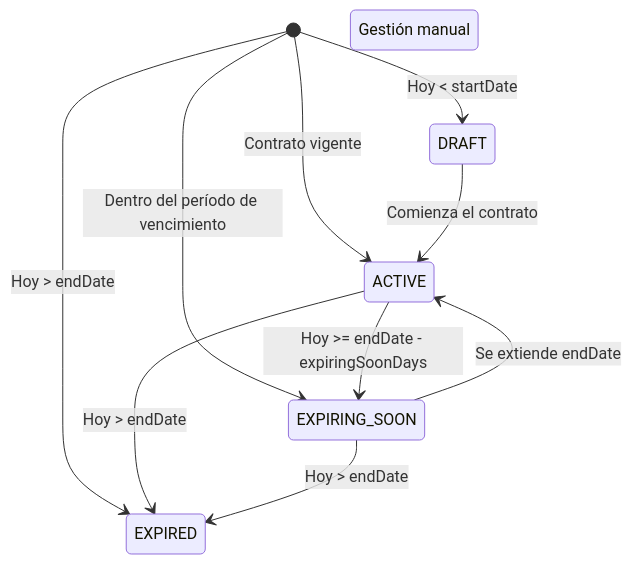
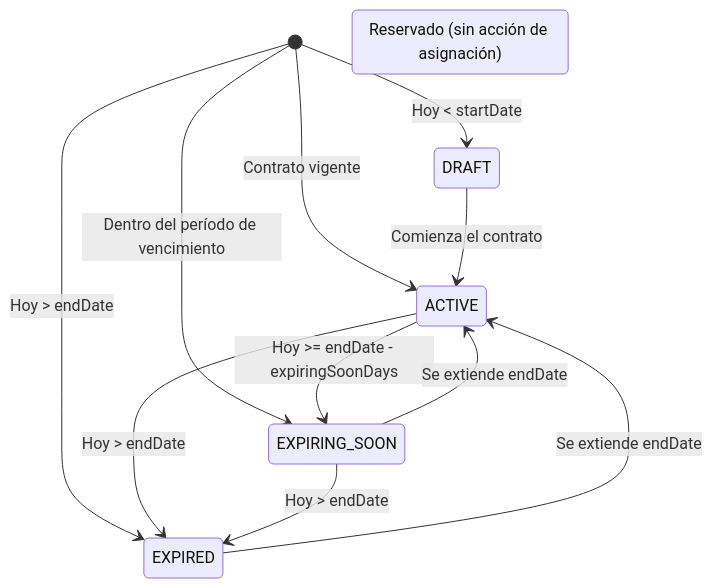
One commit to magostinaelli/Contract-Manager changed the diagram in docs/04-contract-state-machine.md. Above: the diagram before and after it, drawn with Mermaid. The commit also changed other lines of this file and 4 other files, not shown here.

````diff
--- a/docs/04-contract-state-machine.md
+++ b/docs/04-contract-state-machine.md
@@ -47,15 +43,16 @@
-```mermaid id="q8w3mt"
+```mermaid
 stateDiagram-v2
     [*] --> DRAFT: Hoy < startDate
     [*] --> ACTIVE: Contrato vigente
     [*] --> EXPIRING_SOON: Dentro del período de vencimiento
     [*] --> EXPIRED: Hoy > endDate
 
     DRAFT --> ACTIVE: Comienza el contrato
     ACTIVE --> EXPIRING_SOON: Hoy >= endDate - expiringSoonDays
     ACTIVE --> EXPIRED: Hoy > endDate
     EXPIRING_SOON --> EXPIRED: Hoy > endDate
     EXPIRING_SOON --> ACTIVE: Se extiende endDate
+    EXPIRED --> ACTIVE: Se extiende endDate
 
-    UNDER_RENEWAL: Gestión manual
+    UNDER_RENEWAL: Reservado (sin acción de asignación)
 ```
````
